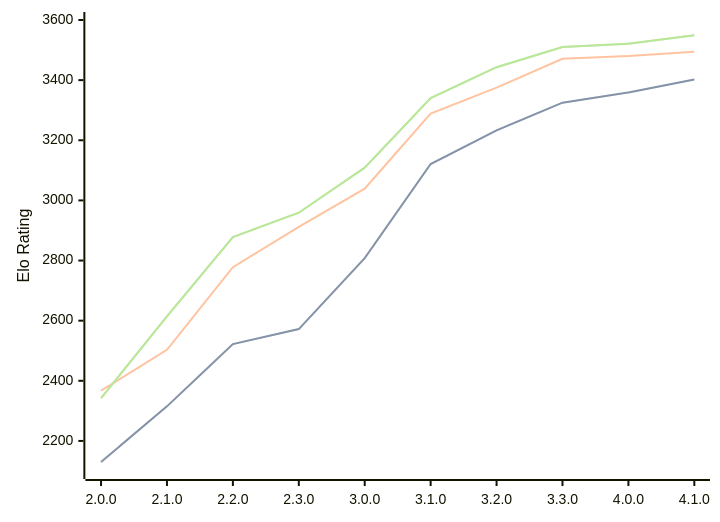
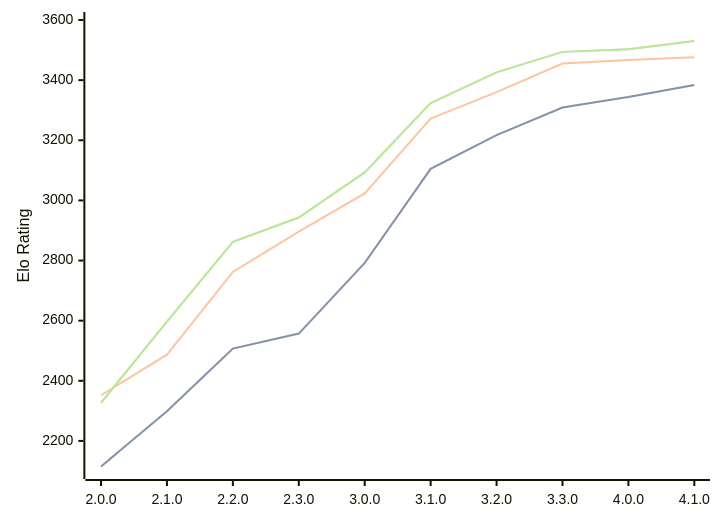
Before and after one commit to computer-chess-index/cci: the diagram in engines/Raphael.md, drawn with Mermaid. The commit also changed other lines of this file, not shown here.

Commit message:
Update CCI Ratings (ELO VLTC) - 2026-05-20

````diff
--- a/engines/Raphael.md
+++ b/engines/Raphael.md
@@ -52,11 +52,11 @@
 ```mermaid
 %%{init: {"theme":"base","themeVariables":{"seriesColors:['#a3a3a3','#222221','#faa371']}}}%%
 xychart-beta
   x-axis ["2.0.0", "2.1.0", "2.2.0", "2.3.0", "3.0.0", "3.1.0", "3.2.0", "3.3.0", "4.0.0", "4.1.0"]
   y-axis "Elo Rating" 2100 --> 3600
-  line "STC (8.0+0.08s)" [2130, 2315, 2522, 2572, 2808, 3121, 3233, 3325, 3359, 3402]
-  line "STC (8.0+0.08s)" [2130, 2315, 2522, 2572, 2808, 3121, 3233, 3325, 3359, 3402]
-  line "LTC (60.0+0.60s)" [2367, 2503, 2778, 2912, 3039, 3289, 3375, 3471, 3480, 3494]
-  line "VLTC (2m24s+1.12s)" [2342, 2614, 2878, 2959, 3109, 3340, 3443, 3510, 3521, 3549]
-  line "VLTC (2m24s+1.12s)" [2342, 2614, 2878, 2959, 3109, 3340, 3443, 3510, 3521, 3549]
+  line "STC (8.0+0.08s)" [2115, 2299, 2507, 2557, 2792, 3105, 3217, 3309, 3344, 3384]
+  line "STC (8.0+0.08s)" [2115, 2299, 2507, 2557, 2792, 3105, 3217, 3309, 3344, 3384]
+  line "LTC (60.0+0.60s)" [2352, 2487, 2762, 2896, 3023, 3272, 3360, 3455, 3467, 3476]
+  line "VLTC (2m24s+1.12s)" [2327, 2597, 2862, 2943, 3093, 3324, 3426, 3494, 3503, 3530]
+  line "VLTC (2m24s+1.12s)" [2327, 2597, 2862, 2943, 3093, 3324, 3426, 3494, 3503, 3530]
 ```
````
